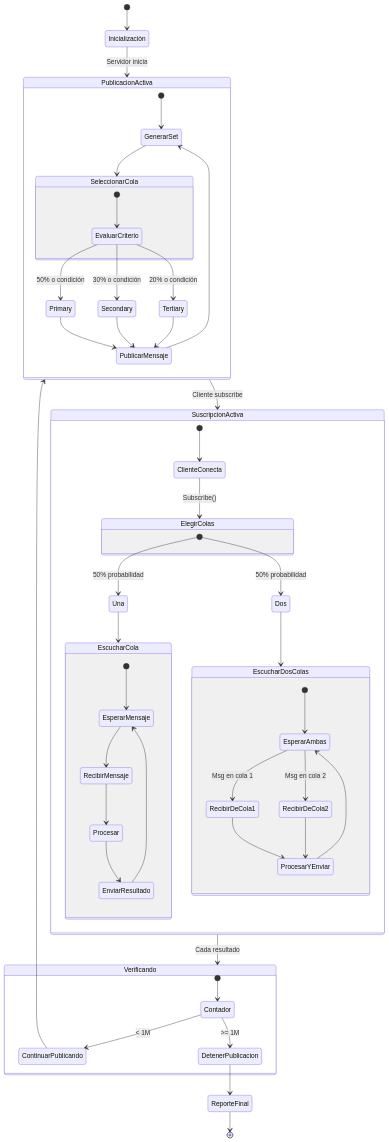
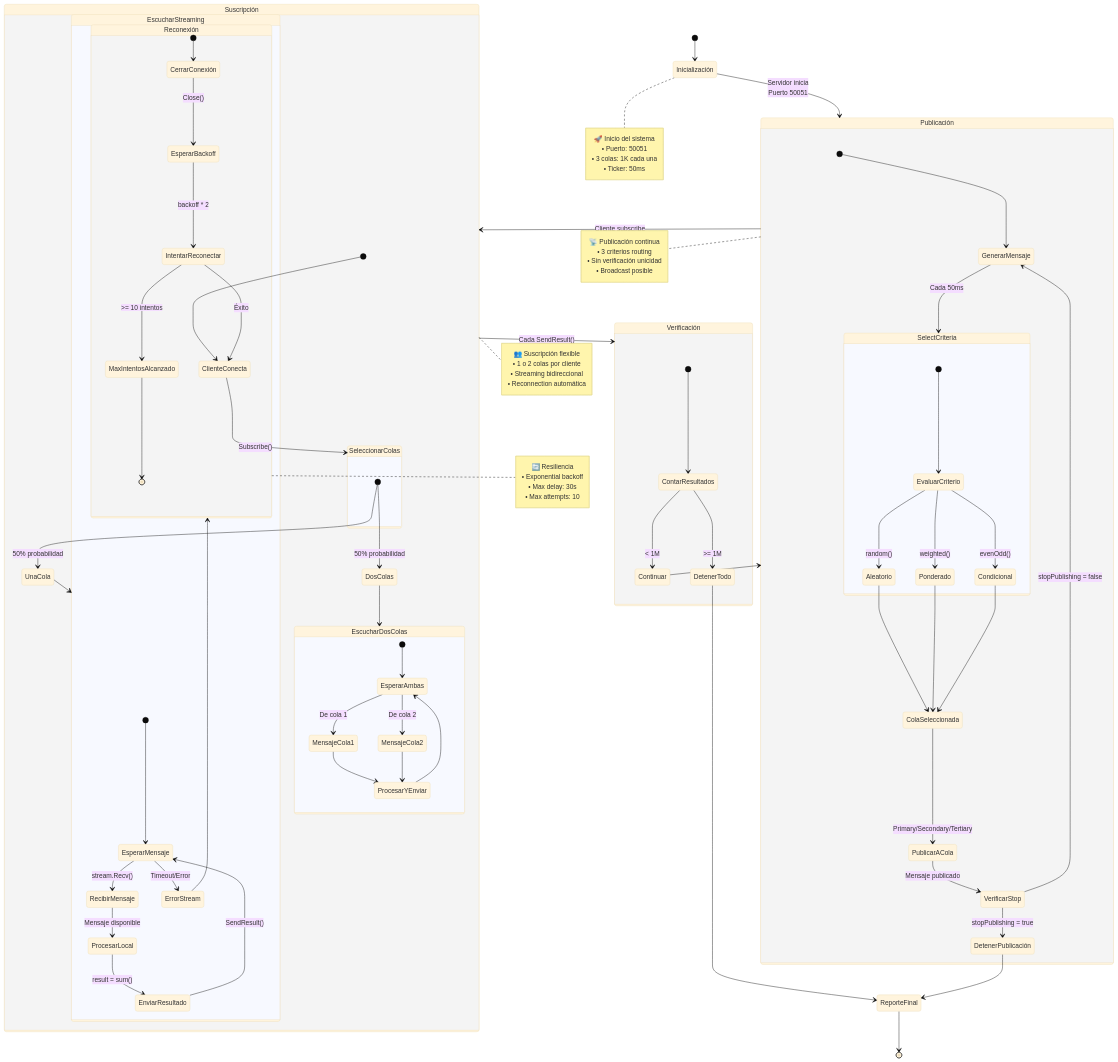
The seventh of 15 diagrams in pub_sus/diagrama.md (Susch12/Distribuida), drawn with Mermaid before and after one commit. The commit also changed other lines of this file and 1 other file, not shown here.

````diff
--- a/pub_sus/diagrama.md
+++ b/pub_sus/diagrama.md
@@ -279,68 +628,112 @@
 ```mermaid
+%%{init: {'theme':'base'}}%%
 stateDiagram-v2
     [*] --> Inicialización
     
-    Inicialización --> PublicacionActiva: Servidor inicia
+    Inicialización --> Publicación: Servidor inicia<br/>Puerto 50051
     
-    state PublicacionActiva {
-        [*] --> GenerarSet
-        GenerarSet --> SeleccionarCola
+    state Publicación {
+        [*] --> GenerarMensaje
+        GenerarMensaje --> SelectCriteria: Cada 50ms
         
-        state SeleccionarCola {
+        state SelectCriteria {
             [*] --> EvaluarCriterio
-            EvaluarCriterio --> Primary: 50% o condición
-            EvaluarCriterio --> Secondary: 30% o condición
-            EvaluarCriterio --> Tertiary: 20% o condición
+            EvaluarCriterio --> Aleatorio: random()
+            EvaluarCriterio --> Ponderado: weighted()
+            EvaluarCriterio --> Condicional: evenOdd()
+            Aleatorio --> ColaSeleccionada
+            Ponderado --> ColaSeleccionada
+            Condicional --> ColaSeleccionada
         }
         
-        Primary --> PublicarMensaje
-        Secondary --> PublicarMensaje
-        Tertiary --> PublicarMensaje
-        PublicarMensaje --> GenerarSet
+        ColaSeleccionada --> PublicarACola: Primary/Secondary/Tertiary
+        PublicarACola --> VerificarStop: Mensaje publicado
+        VerificarStop --> GenerarMensaje: stopPublishing = false
+        VerificarStop --> DetenerPublicación: stopPublishing = true
     }
     
-    state SuscripcionActiva {
+    state Suscripción {
         [*] --> ClienteConecta
-        ClienteConecta --> ElegirColas: Subscribe()
+        ClienteConecta --> SeleccionarColas: Subscribe()
         
-        state ElegirColas {
-            [*] --> Una: 50% probabilidad
-            [*] --> Dos: 50% probabilidad
+        state SeleccionarColas {
+            [*] --> UnaCola: 50% probabilidad
+            [*] --> DosColas: 50% probabilidad
         }
         
-        Una --> EscucharCola
-        Dos --> EscucharDosColas
+        UnaCola --> EscucharStreaming
+        DosColas --> EscucharDosColas
         
-        state EscucharCola {
+        state EscucharStreaming {
             [*] --> EsperarMensaje
-            EsperarMensaje --> RecibirMensaje
-            RecibirMensaje --> Procesar
-            Procesar --> EnviarResultado
-            EnviarResultado --> EsperarMensaje
+            EsperarMensaje --> RecibirMensaje: stream.Recv()
+            RecibirMensaje --> ProcesarLocal: Mensaje disponible
+            ProcesarLocal --> EnviarResultado: result = sum()
+            EnviarResultado --> EsperarMensaje: SendResult()
+            EsperarMensaje --> ErrorStream: Timeout/Error
+            ErrorStream --> Reconexión
         }
         
         state EscucharDosColas {
             [*] --> EsperarAmbas
-            EsperarAmbas --> RecibirDeCola1: Msg en cola 1
-            EsperarAmbas --> RecibirDeCola2: Msg en cola 2
-            RecibirDeCola1 --> ProcesarYEnviar
-            RecibirDeCola2 --> ProcesarYEnviar
+            EsperarAmbas --> MensajeCola1: De cola 1
+            EsperarAmbas --> MensajeCola2: De cola 2
+            MensajeCola1 --> ProcesarYEnviar
+            MensajeCola2 --> ProcesarYEnviar
             ProcesarYEnviar --> EsperarAmbas
         }
     }
     
-    PublicacionActiva --> SuscripcionActiva: Cliente subscribe
-    
-    SuscripcionActiva --> Verificando: Cada resultado
-    
-    state Verificando {
-        [*] --> Contador
-        Contador --> ContinuarPublicando: < 1M
-        Contador --> DetenerPublicacion: >= 1M
+    state Reconexión {
+        [*] --> CerrarConexión
+        CerrarConexión --> EsperarBackoff: Close()
+        EsperarBackoff --> IntentarReconectar: backoff * 2
+        IntentarReconectar --> ClienteConecta: Éxito
+        IntentarReconectar --> MaxIntentosAlcanzado: >= 10 intentos
+        MaxIntentosAlcanzado --> [*]
     }
     
-    ContinuarPublicando --> PublicacionActiva
-    DetenerPublicacion --> ReporteFinal
+    Publicación --> Suscripción: Cliente subscribe
+    
+    state Verificación {
+        [*] --> ContarResultados
+        ContarResultados --> Continuar: < 1M
+        ContarResultados --> DetenerTodo: >= 1M
+    }
+    
+    Suscripción --> Verificación: Cada SendResult()
+    Continuar --> Publicación
+    
+    DetenerTodo --> ReporteFinal
+    DetenerPublicación --> ReporteFinal
     
     ReporteFinal --> [*]
+    
+    note right of Inicialización
+        🚀 Inicio del sistema
+        • Puerto: 50051
+        • 3 colas: 1K cada una
+        • Ticker: 50ms
+    end note
+    
+    note right of Publicación
+        📡 Publicación continua
+        • 3 criterios routing
+        • Sin verificación unicidad
+        • Broadcast posible
+    end note
+    
+    note right of Suscripción
+        👥 Suscripción flexible
+        • 1 o 2 colas por cliente
+        • Streaming bidireccional
+        • Reconnection automática
+    end note
+    
+    note right of Reconexión
+        🔄 Resiliencia
+        • Exponential backoff
+        • Max delay: 30s
+        • Max attempts: 10
+    end note
 ```
````
